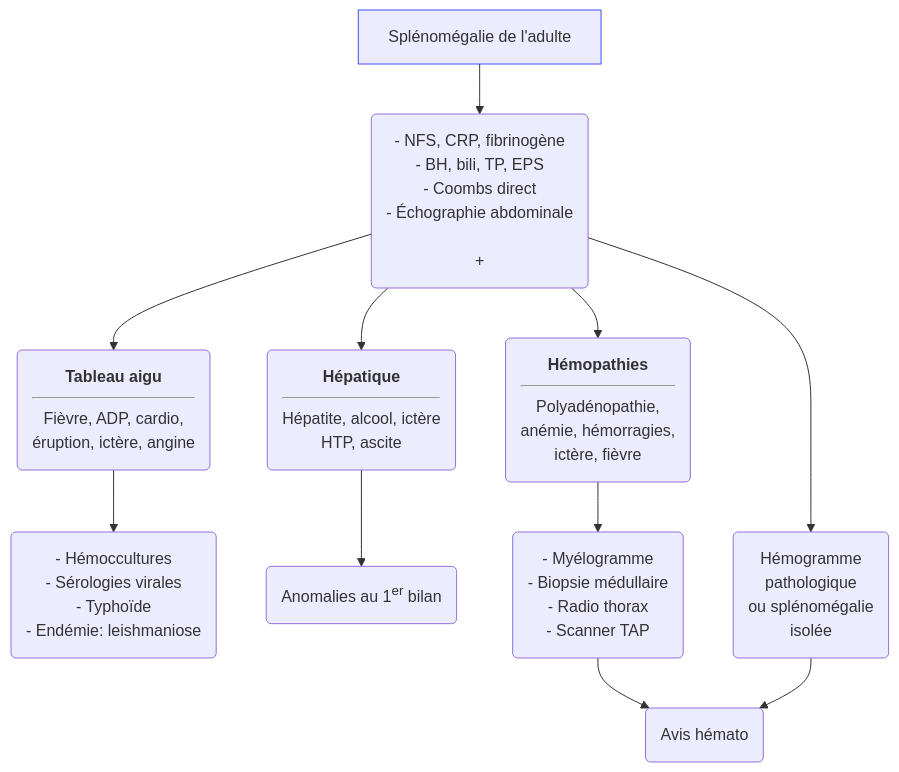
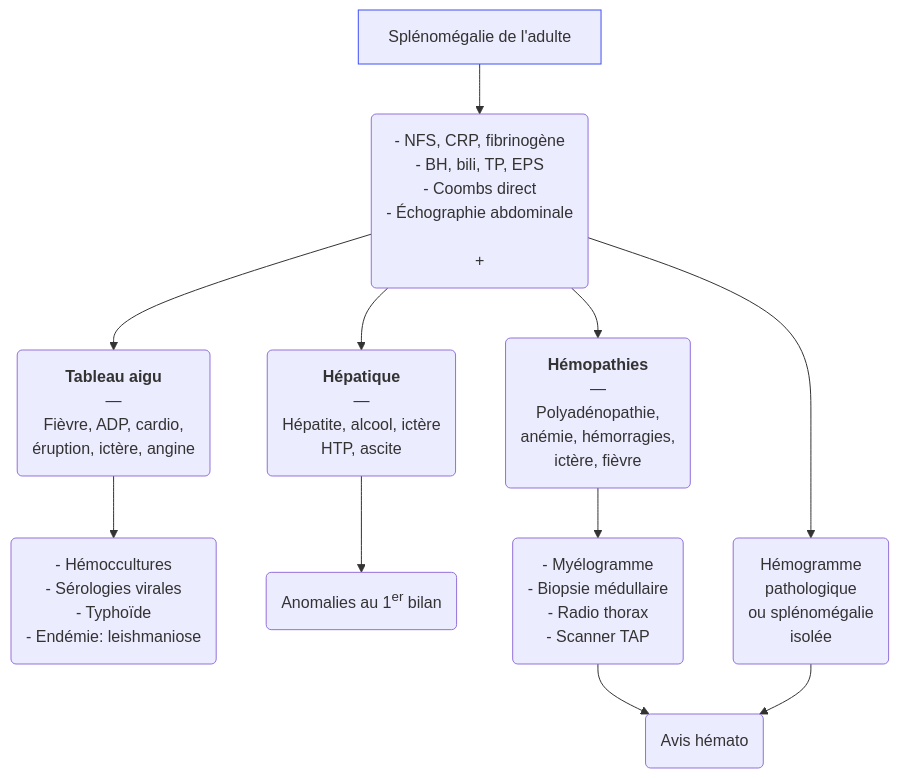
One commit to djibe/recommandations-medicales changed the diagram in content/recommandations/splenomegalie.md. Above: the diagram before and after it, drawn with Mermaid. The commit also changed 51 other files, not shown here.

```diff
--- a/content/recommandations/splenomegalie.md
+++ b/content/recommandations/splenomegalie.md
@@ -209,9 +209,9 @@
 {{< mermaid title="Conduite à tenir et prise en charge d'une splénomégalie de l'adulte. Dr JB Fron d'après Collèges" >}}
 graph TB
   SM[Splénomégalie de l'adulte] --> bio("- NFS, CRP, fibrinogène<br>- BH, bili, TP, EPS<br>- Coombs direct<br>- Échographie abdominale<br><br>+")
   style SM stroke:#4150f5, stroke-width:1px
-    bio --> aigu("<b>Tableau aigu</b><hr>Fièvre, ADP, cardio,<br>éruption, ictère, angine") --> aiguBio("- Hémoccultures<br>- Sérologies virales<br>- Typhoïde<br>- Endémie: leishmaniose")
-    bio --> hepatique("<b>Hépatique</b><hr>Hépatite, alcool, ictère<br>HTP, ascite") --> hepatiqueBio("Anomalies au 1<sup>er</sup> bilan")
-    bio --> hemopathies("<b>Hémopathies</b><hr>Polyadénopathie,<br>anémie, hémorragies,<br>ictère, fièvre") --> hemopathiesBio("- Myélogramme<br>- Biopsie médullaire<br>- Radio thorax<br>- Scanner TAP") --> avis
+    bio --> aigu("<b>Tableau aigu</b><br>—<br>Fièvre, ADP, cardio,<br>éruption, ictère, angine") --> aiguBio("- Hémoccultures<br>- Sérologies virales<br>- Typhoïde<br>- Endémie: leishmaniose")
+    bio --> hepatique("<b>Hépatique</b><br>—<br>Hépatite, alcool, ictère<br>HTP, ascite") --> hepatiqueBio("Anomalies au 1<sup>er</sup> bilan")
+    bio --> hemopathies("<b>Hémopathies</b><br>—<br>Polyadénopathie,<br>anémie, hémorragies,<br>ictère, fièvre") --> hemopathiesBio("- Myélogramme<br>- Biopsie médullaire<br>- Radio thorax<br>- Scanner TAP") --> avis
     bio --> hemato(Hémogramme<br>pathologique<br>ou splénomégalie<br>isolée) --> avis(Avis hémato)
 {{< /mermaid >}}
```
